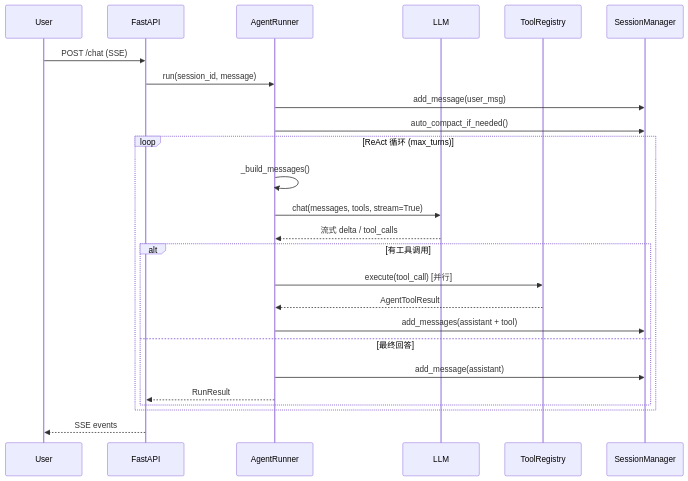
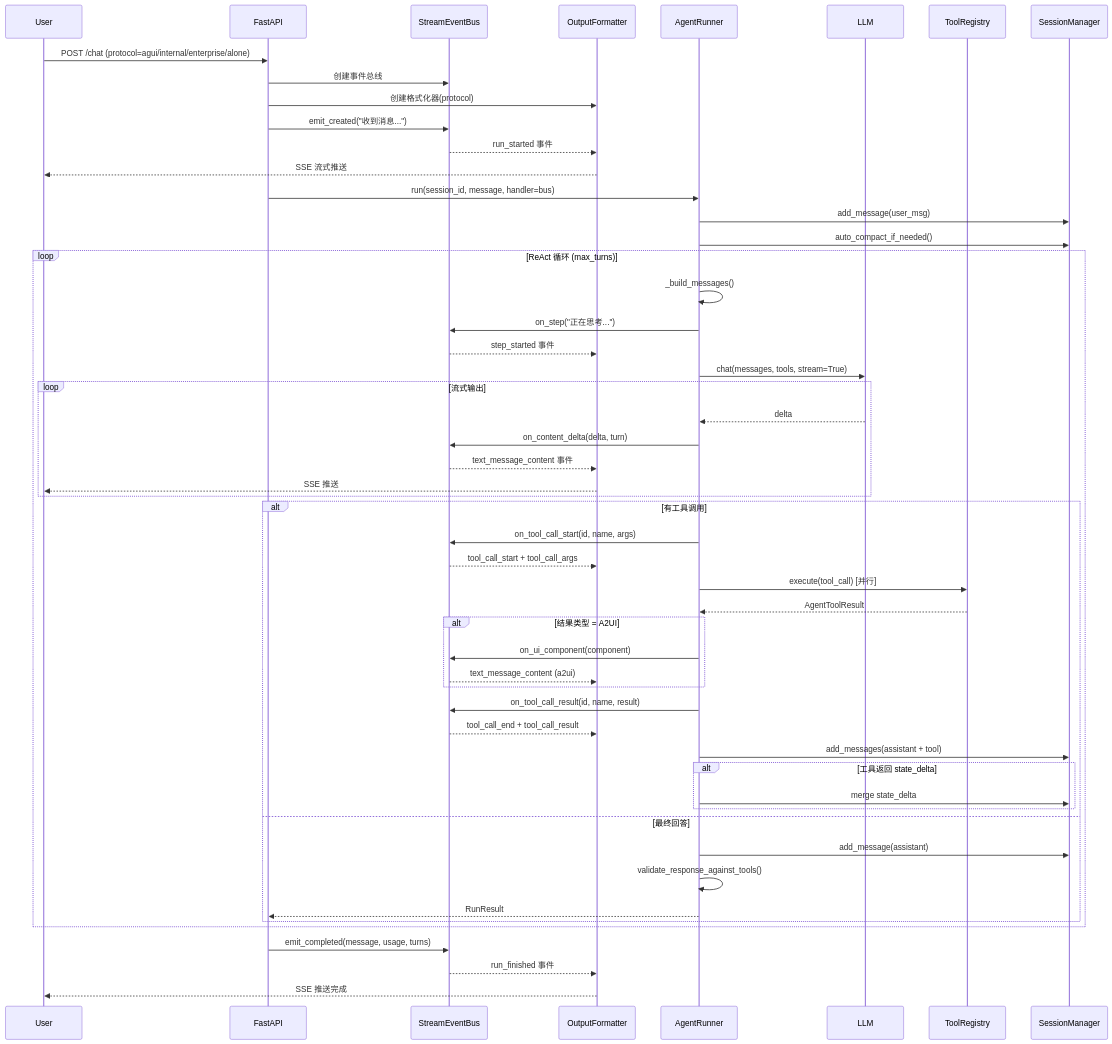
One commit to YU-JI-KUI/ark-agentic changed the second of 3 diagrams in doc/architecture.md. Above: the diagram before and after it, drawn with Mermaid. The commit also changed other lines of this file and 1 other file, not shown here.

````diff
--- a/doc/architecture.md
+++ b/doc/architecture.md
@@ -81,31 +99,65 @@
 ```mermaid
 sequenceDiagram
     participant User
     participant API as FastAPI
+    participant Bus as StreamEventBus
+    participant Formatter as OutputFormatter
     participant Runner as AgentRunner
     participant LLM
     participant Tools as ToolRegistry
     participant Session as SessionManager
 
-    User->>API: POST /chat (SSE)
-    API->>Runner: run(session_id, message)
+    User->>API: POST /chat (protocol=agui/internal/enterprise/alone)
+    API->>Bus: 创建事件总线
+    API->>Formatter: 创建格式化器(protocol)
+    API->>Bus: emit_created("收到消息...")
+    Bus-->>Formatter: run_started 事件
+    Formatter-->>User: SSE 流式推送
+
+    API->>Runner: run(session_id, message, handler=bus)
     Runner->>Session: add_message(user_msg)
     Runner->>Session: auto_compact_if_needed()
 
     loop ReAct 循环 (max_turns)
         Runner->>Runner: _build_messages()
+        Runner->>Bus: on_step("正在思考...")
+        Bus-->>Formatter: step_started 事件
+
         Runner->>LLM: chat(messages, tools, stream=True)
-        LLM-->>Runner: 流式 delta / tool_calls
+
+        loop 流式输出
+            LLM-->>Runner: delta
+            Runner->>Bus: on_content_delta(delta, turn)
+            Bus-->>Formatter: text_message_content 事件
+            Formatter-->>User: SSE 推送
+        end
 
         alt 有工具调用
+            Runner->>Bus: on_tool_call_start(id, name, args)
+            Bus-->>Formatter: tool_call_start + tool_call_args
             Runner->>Tools: execute(tool_call) [并行]
             Tools-->>Runner: AgentToolResult
+
+            alt 结果类型 = A2UI
+                Runner->>Bus: on_ui_component(component)
+                Bus-->>Formatter: text_message_content (a2ui)
+            end
+
+            Runner->>Bus: on_tool_call_result(id, name, result)
+            Bus-->>Formatter: tool_call_end + tool_call_result
             Runner->>Session: add_messages(assistant + tool)
+
+            alt 工具返回 state_delta
+                Runner->>Session: merge state_delta
+            end
         else 最终回答
             Runner->>Session: add_message(assistant)
+            Runner->>Runner: validate_response_against_tools()
             Runner-->>API: RunResult
         end
     end
 
-    API-->>User: SSE events
+    API->>Bus: emit_completed(message, usage, turns)
+    Bus-->>Formatter: run_finished 事件
+    Formatter-->>User: SSE 推送完成
 ```
````
